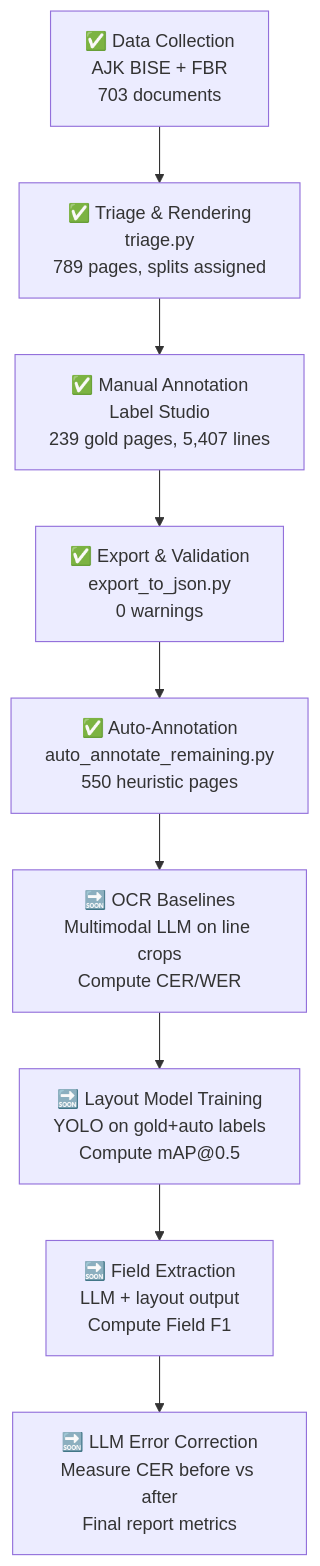
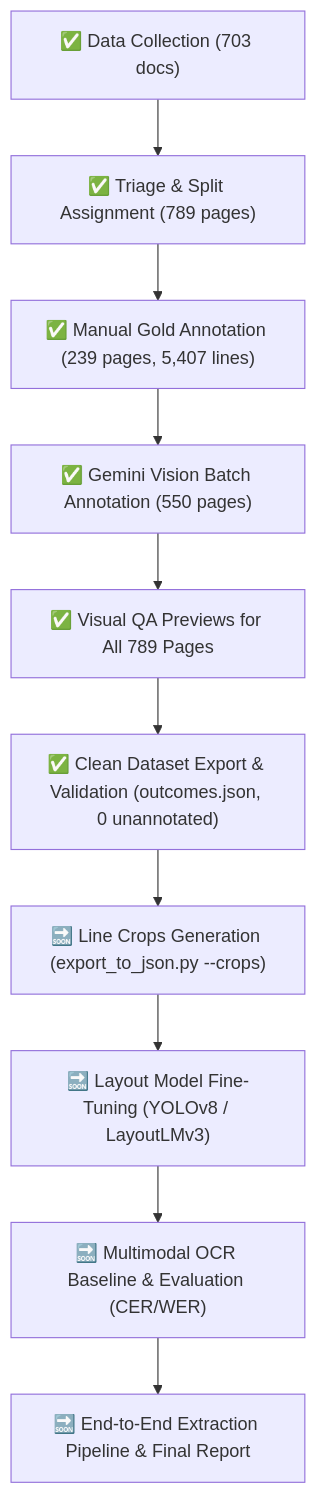
Before and after one commit to AleenaAhmed007/Nastaliq-Document-Intelligence: the diagram in PROJECT_DOCUMENTATION.md, drawn with Mermaid. The commit also changed other lines of this file and 1 other file, not shown here.

Commit message:
Update README and PROJECT_DOCUMENTATION with Gemini Vision pipeline and 789-page dataset stats

````diff
--- a/PROJECT_DOCUMENTATION.md
+++ b/PROJECT_DOCUMENTATION.md
@@ -404,12 +422,12 @@
 ```mermaid
 flowchart TD
-    A["✅ Data Collection\nAJK BISE + FBR\n703 documents"] --> B
-    B["✅ Triage & Rendering\ntriage.py\n789 pages, splits assigned"] --> C
-    C["✅ Manual Annotation\nLabel Studio\n239 gold pages, 5,407 lines"] --> D
-    D["✅ Export & Validation\nexport_to_json.py\n0 warnings"] --> E
-    E["✅ Auto-Annotation\nauto_annotate_remaining.py\n550 heuristic pages"] --> F
-    F["🔜 OCR Baselines\nMultimodal LLM on line crops\nCompute CER/WER"] --> G
-    G["🔜 Layout Model Training\nYOLO on gold+auto labels\nCompute mAP@0.5"] --> H
-    H["🔜 Field Extraction\nLLM + layout output\nCompute Field F1"] --> I
-    I["🔜 LLM Error Correction\nMeasure CER before vs after\nFinal report metrics"]
+    A["✅ Data Collection (703 docs)"] --> B["✅ Triage & Split Assignment (789 pages)"]
+    B --> C["✅ Manual Gold Annotation (239 pages, 5,407 lines)"]
+    C --> D["✅ Gemini Vision Batch Annotation (550 pages)"]
+    D --> E["✅ Visual QA Previews for All 789 Pages"]
+    E --> F["✅ Clean Dataset Export & Validation (outcomes.json, 0 unannotated)"]
+    F --> G["🔜 Line Crops Generation (export_to_json.py --crops)"]
+    G --> H["🔜 Layout Model Fine-Tuning (YOLOv8 / LayoutLMv3)"]
+    H --> I["🔜 Multimodal OCR Baseline & Evaluation (CER/WER)"]
+    I --> J["🔜 End-to-End Extraction Pipeline & Final Report"]
 ```
````
